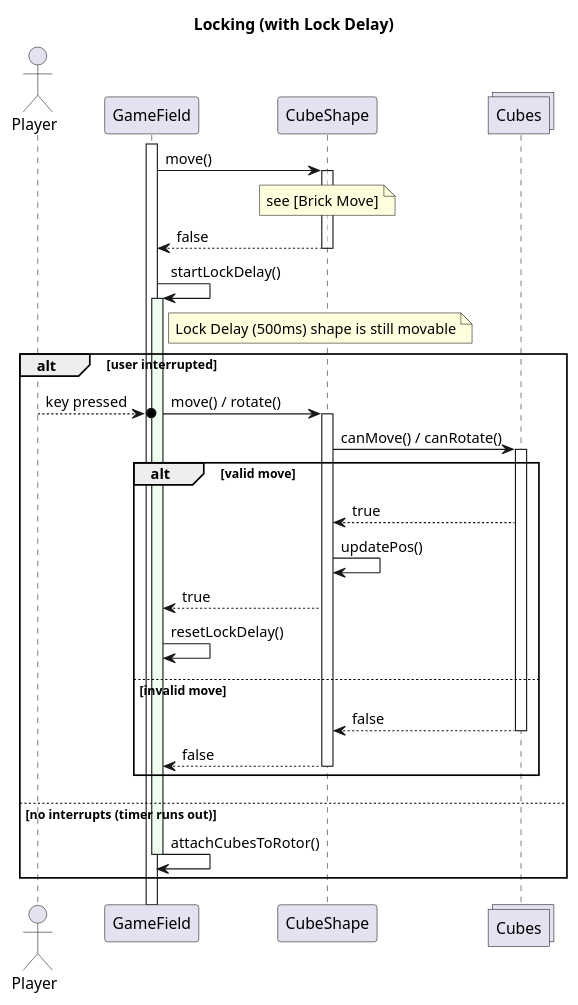
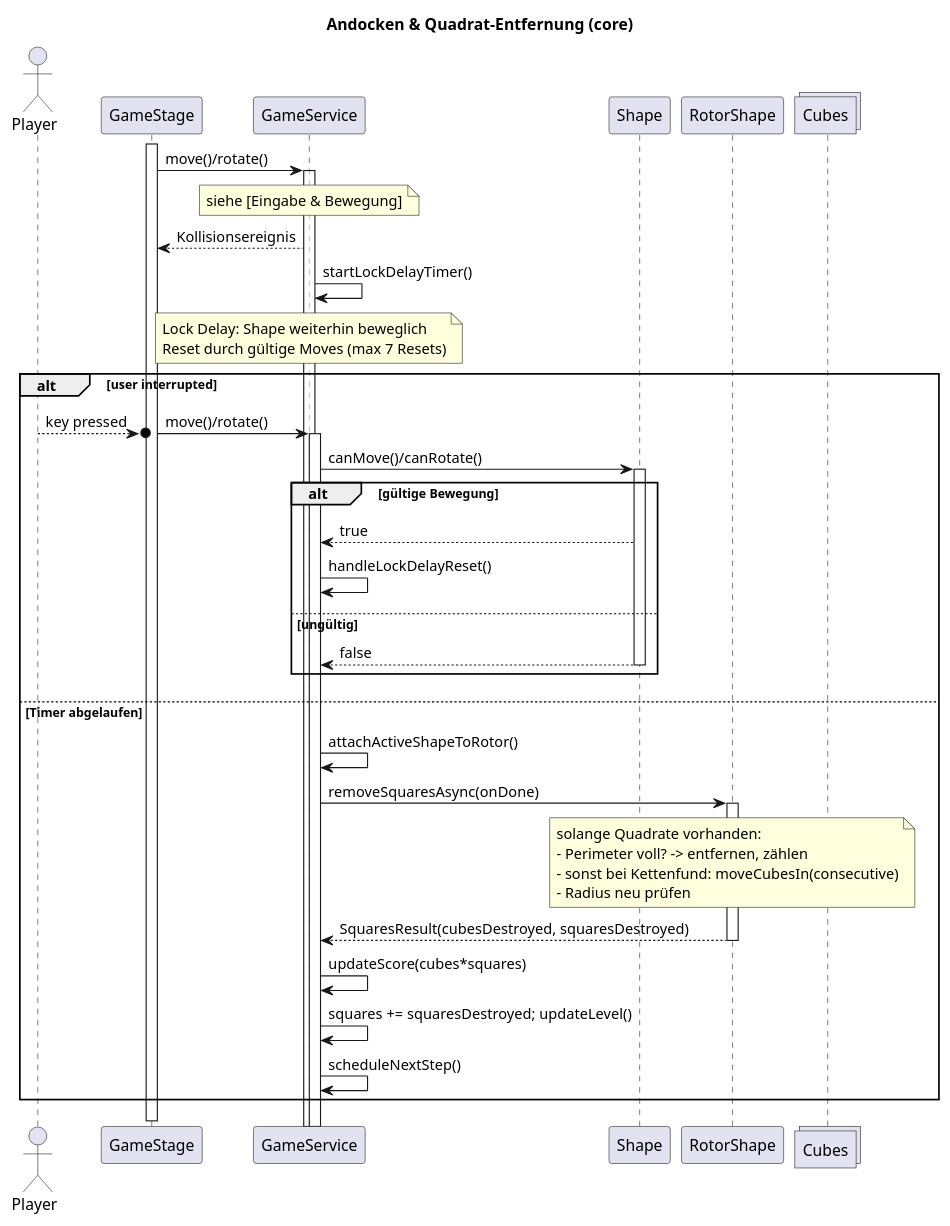
The diagram in docs/uml/Andocken.puml (Noah-Martinez/Tetrix), drawn with PlantUML before and after one commit. The commit also changed 6 other files, not shown here.

Commit message:
CHORE: update-architecture - Updating architecture documentation

```diff
--- a/docs/uml/Andocken.puml
+++ b/docs/uml/Andocken.puml
@@ -1,49 +1,55 @@
 @startuml
-'hide footbox
 !pragma teoz true
-title Locking (with Lock Delay)
+title Andocken & Quadrat-Entfernung (core)
 
 actor Player as P
-participant GameField as GF
-participant CubeShape as CS
+participant GameStage as GST
+participant GameService as Service
+participant Shape as Shape
+participant RotorShape as Rotor
 collections Cubes as C
 
-activate GF
-GF -> CS : move()
-activate CS #FFFFFF80
-note over CS
-    see [Brick Move]
+activate GST
+GST -> Service : move()/rotate()
+activate Service #FFFFFF80
+note over Service
+    siehe [Eingabe & Bewegung]
 endnote
-CS --> GF : false
-deactivate CS
-GF -> GF : startLockDelay()
-activate GF #EFFFEF
-note right GF
-    Lock Delay (500ms) shape is still movable
-'   https://tetris.fandom.com/wiki/Lock_delay
-'   https://tetris.wiki/Lock_delay
-'   https://harddrop.com/wiki/Lock_delay
+Service --> GST : Kollisionsereignis
+Service -> Service : startLockDelayTimer()
+note over Service
+    Lock Delay: Shape weiterhin beweglich
+    Reset durch gültige Moves (max 7 Resets)
 endnote
 alt user interrupted
-    P -->o GF : key pressed
-    & GF -> CS : move() / rotate()
-    activate CS
-    CS -> C : canMove() / canRotate()
-    activate C
-    alt valid move
-        C --> CS : true
-        CS -> CS : updatePos()
-        CS --> GF : true
-        GF -> GF : resetLockDelay()
-    else invalid move
-        C --> CS : false
-        deactivate C
-        CS --> GF : false
-        deactivate CS
+    P -->o GST : key pressed
+    & GST -> Service : move()/rotate()
+    activate Service
+    Service -> Shape : canMove()/canRotate()
+    activate Shape
+    alt gültige Bewegung
+        Shape --> Service : true
+        Service -> Service : handleLockDelayReset()
+    else ungültig
+        Shape --> Service : false
+        deactivate Shape
     end
-else no interrupts (timer runs out)
-    GF -> GF : attachCubesToRotor()
-    deactivate GF
+else Timer abgelaufen
+    Service -> Service : attachActiveShapeToRotor()
+    Service -> Rotor : removeSquaresAsync(onDone)
+    activate Rotor
+    note over Rotor
+        solange Quadrate vorhanden:
+        - Perimeter voll? -> entfernen, zählen
+        - sonst bei Kettenfund: moveCubesIn(consecutive)
+        - Radius neu prüfen
+    endnote
+    Rotor --> Service : SquaresResult(cubesDestroyed, squaresDestroyed)
+    deactivate Rotor
+    Service -> Service : updateScore(cubes*squares)
+    Service -> Service : squares += squaresDestroyed; updateLevel()
+    Service -> Service : scheduleNextStep()
 end
 
+deactivate GST
 @enduml
```
